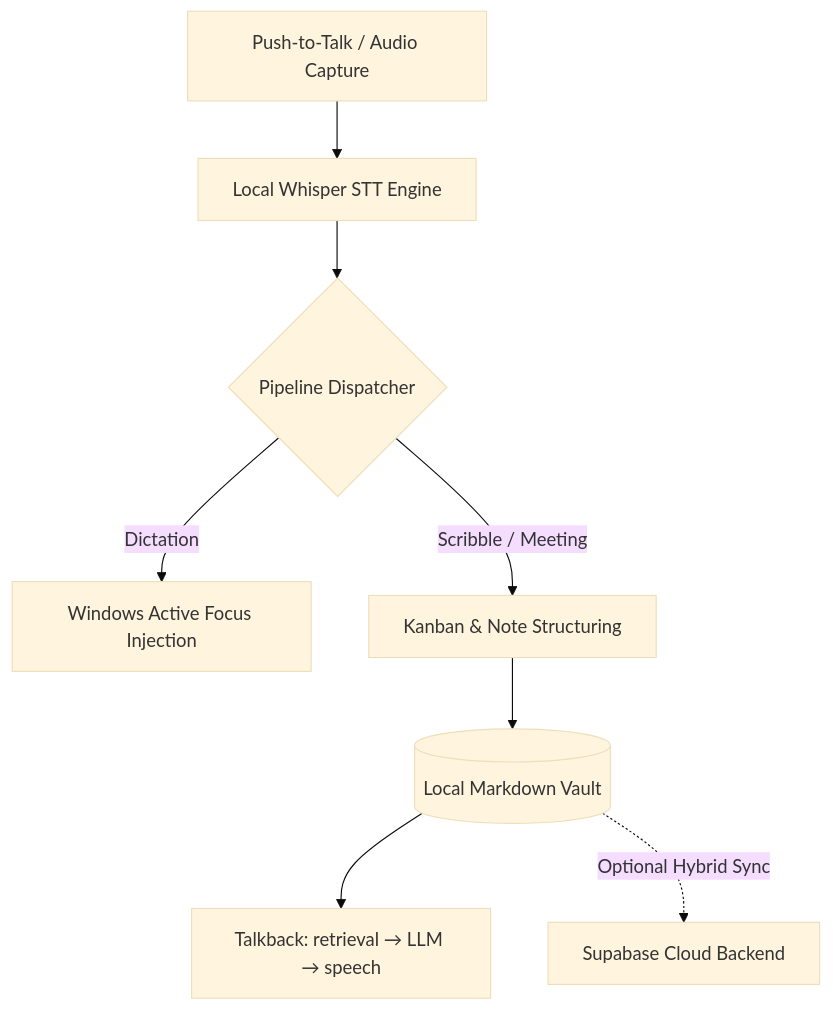
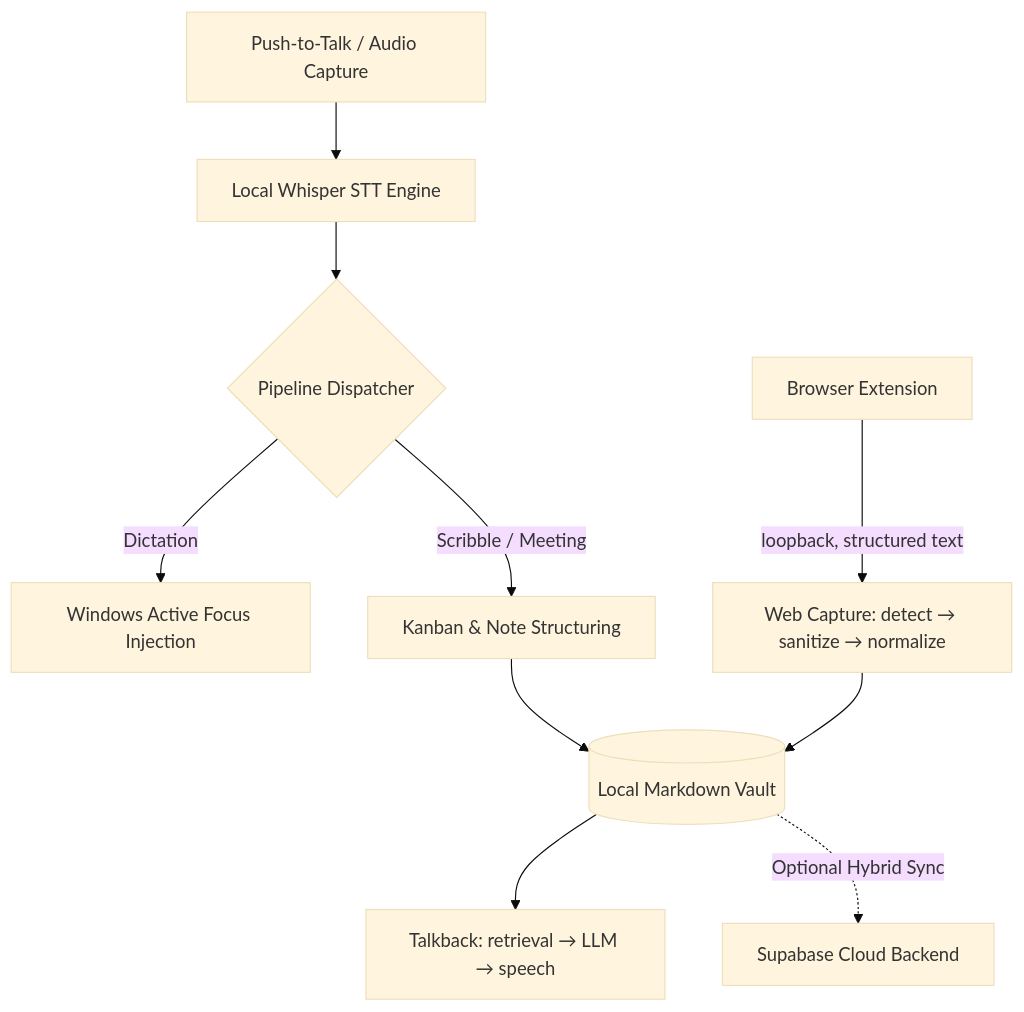
One commit to Nitinsudarshan/Relay changed the diagram in README.md. Above: the diagram before and after it, drawn with Mermaid (base theme). The commit also changed other lines of this file and 72 other files, not shown here.

First line of the commit message:
feat(capture): structured web and conversation capture into the Vault

````diff
--- a/README.md
+++ b/README.md
@@ -69,10 +81,12 @@
 ```mermaid
 flowchart TD
     A[Push-to-Talk / Audio Capture] --> B[Local Whisper STT Engine]
     B --> C{Pipeline Dispatcher}
     C -->|Dictation| D[Windows Active Focus Injection]
     C -->|Scribble / Meeting| E[Kanban & Note Structuring]
-    E --> F[(Local Markdown Vault)]
+    W[Browser Extension] -->|loopback, structured text| X[Web Capture: detect → sanitize → normalize]
+    X --> F[(Local Markdown Vault)]
+    E --> F
     F --> H[Talkback: retrieval → LLM → speech]
     F -.->|Optional Hybrid Sync| G[Supabase Cloud Backend]
 ```
````
